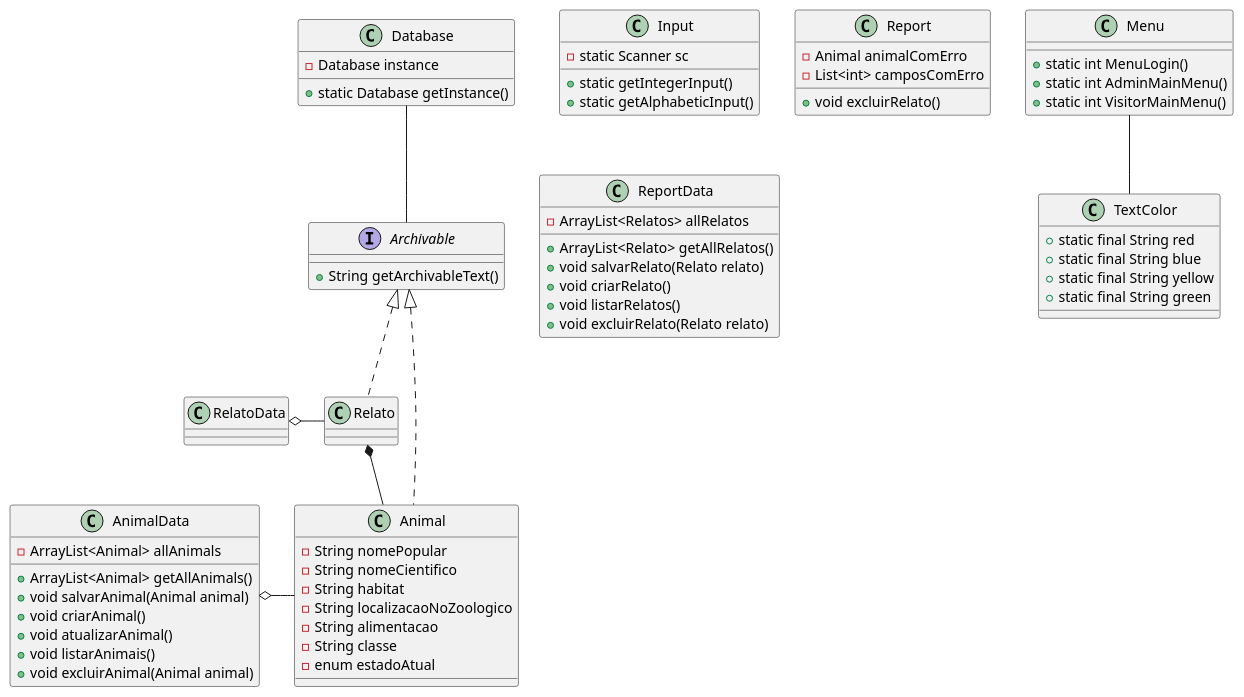
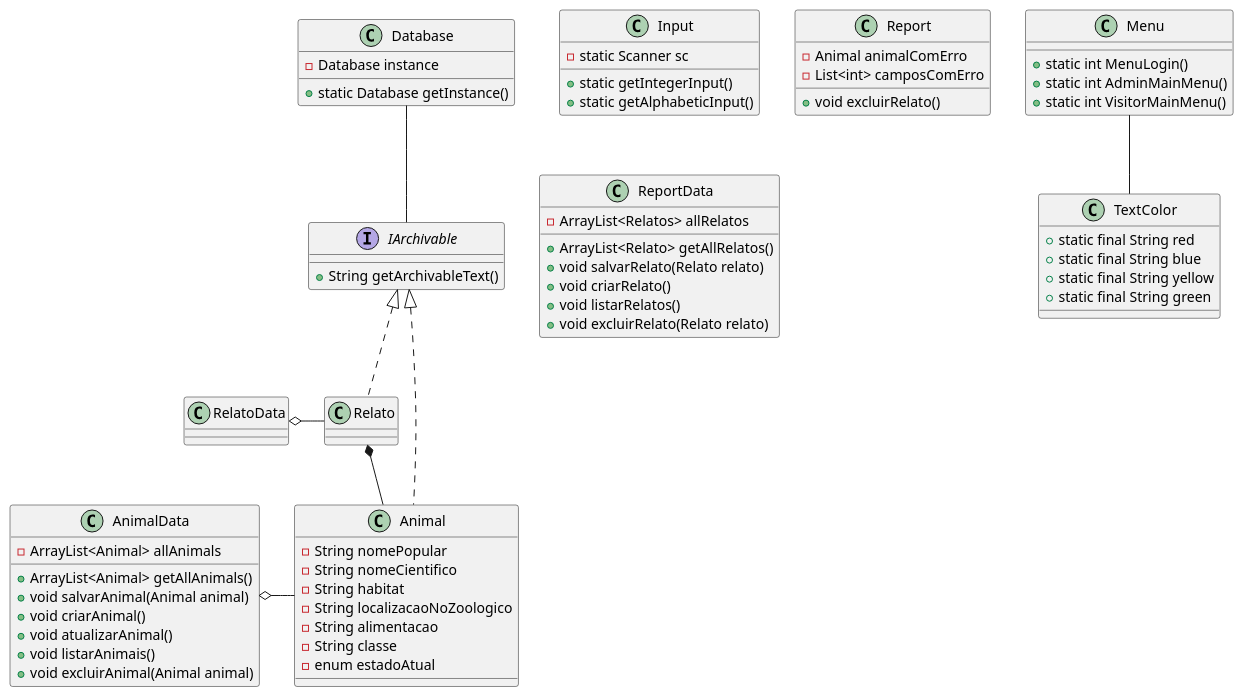
One commit to RanmaYT/ZooSystem changed the diagram in Diagramas/classDiagram.plantuml. Above: the diagram before and after it, drawn with PlantUML. The commit also changed 8 other files, not shown here.

Commit message:
Novos sistemas: sistema de input; sistema de menus

```diff
--- a/Diagramas/classDiagram.plantuml
+++ b/Diagramas/classDiagram.plantuml
@@ -1,104 +1,104 @@
 @startuml Class Diagram
-    ' Sistema de Dados (Classes relacionadas ao tratamento de dados e banco de dados)
+' Sistema de Dados (Classes relacionadas ao tratamento de dados e banco de dados)
 
-    class Database {
-        ' Essa classe vai ser um singleton
+class Database {
+    ' Essa classe vai ser um singleton
 
-        - Database instance
-        
-        + static Database getInstance()
-    }
+    - Database instance
 
-    interface Archivable {
-        + String getArchivableText()
-    }
+    + static Database getInstance()
+}
 
-    ' Sistema de Inputs (Classes responsáveis por coletar e tratar inputs do usuário)
+interface IArchivable {
+    + String getArchivableText()
+}
 
-    class Input {
-        - static Scanner sc
+' Sistema de Inputs (Classes responsáveis por coletar e tratar inputs do usuário)
 
-        + static getIntegerInput()
-        + static getAlphabeticInput()
-    }
+class Input {
+    - static Scanner sc
 
-    ' Sistema Visual (Classes de estilização e escrita no console)
-    class Menu {
-        + static int MenuLogin()
-        + static int AdminMainMenu()
-        + static int VisitorMainMenu()
-    }
+    + static getIntegerInput()
+    + static getAlphabeticInput()
+}
 
-    class TextColor {
-        + static final String red
-        + static final String blue
-        + static final String yellow
-        + static final String green
-    }
+' Sistema Visual (Classes de estilização e escrita no console)
+class Menu {
+    + static int MenuLogin()
+    + static int AdminMainMenu()
+    + static int VisitorMainMenu()
+}
 
-    ' Sistema de Objetos (Classes que irão ser instanciadas e guardadas como objetos)
+class TextColor {
+    + static final String red
+    + static final String blue
+    + static final String yellow
+    + static final String green
+}
 
-    class Animal {
-        ' Eu posso tornar essa classe em uma classe abstrata e separar os bichos em classes 
-        ' concretas sendo suas classes como "Mamifero", "Ave", "Repteis", etc... (Para aplicar o factory method)
+' Sistema de Objetos (Classes que irão ser instanciadas e guardadas como objetos)
 
-        - String nomePopular
-        - String nomeCientifico
-        - String habitat
-        - String localizacaoNoZoologico
-        - String alimentacao
-        - String classe
-        - enum estadoAtual
-    }
+class Animal {
+    ' Eu posso tornar essa classe em uma classe abstrata e separar os bichos em classes
+    ' concretas sendo suas classes como "Mamifero", "Ave", "Repteis", etc... (Para aplicar o factory method)
 
-    class Report {
-        - Animal animalComErro
-        - List<int> camposComErro
+    - String nomePopular
+    - String nomeCientifico
+    - String habitat
+    - String localizacaoNoZoologico
+    - String alimentacao
+    - String classe
+    - enum estadoAtual
+}
 
-        + void excluirRelato()
-    }
+class Report {
+    - Animal animalComErro
+    - List<int> camposComErro
 
-    ' Classes operacionais (Classes que vão fazer operações, utilizando dados como acessórios)
-    ' Talvez eu possa criar uma interface aqui pra abstrair ja que ambos se comportam parecido
-    class AnimalData {
-        - ArrayList<Animal> allAnimals
-        
-        + ArrayList<Animal> getAllAnimals()
-        + void salvarAnimal(Animal animal)
-        + void criarAnimal()
-        + void atualizarAnimal()
-        + void listarAnimais()
-        + void excluirAnimal(Animal animal)
-    }
+    + void excluirRelato()
+}
 
-    class ReportData {
-        - ArrayList<Relatos> allRelatos
+' Classes operacionais (Classes que vão fazer operações, utilizando dados como acessórios)
+' Talvez eu possa criar uma interface aqui pra abstrair ja que ambos se comportam parecido
+class AnimalData {
+    - ArrayList<Animal> allAnimals
 
-        + ArrayList<Relato> getAllRelatos()
-        + void salvarRelato(Relato relato)
-        + void criarRelato()
-        + void listarRelatos()
-        + void excluirRelato(Relato relato)
-    }
+    + ArrayList<Animal> getAllAnimals()
+    + void salvarAnimal(Animal animal)
+    + void criarAnimal()
+    + void atualizarAnimal()
+    + void listarAnimais()
+    + void excluirAnimal(Animal animal)
+}
 
-    ' Relacionamento entre as classes
+class ReportData {
+    - ArrayList<Relatos> allRelatos
 
-    ' Associações 
-    Database -- Archivable
-    Menu -- TextColor
-    
+    + ArrayList<Relato> getAllRelatos()
+    + void salvarRelato(Relato relato)
+    + void criarRelato()
+    + void listarRelatos()
+    + void excluirRelato(Relato relato)
+}
 
-    ' Implementações 
-    Archivable <|.. Animal
-    Archivable <|.. Relato
+' Relacionamento entre as classes
 
-    ' Composição (Uma parte não pode existir sem o todo)
-    Relato *-- Animal
-    
-    ' Agregação (Uma parte pode existir sem o todo)
-    RelatoData o- Relato
-    AnimalData o- Animal
+' Associações
+Database -- IArchivable
+Menu -- TextColor
 
-    ' Herança
+
+' Implementações
+IArchivable <|.. Animal
+IArchivable <|.. Relato
+
+' Composição (Uma parte não pode existir sem o todo)
+Relato *-- Animal
+
+' Agregação (Uma parte pode existir sem o todo)
+RelatoData o- Relato
+AnimalData o- Animal
+
+' Herança
 
 @enduml
```
